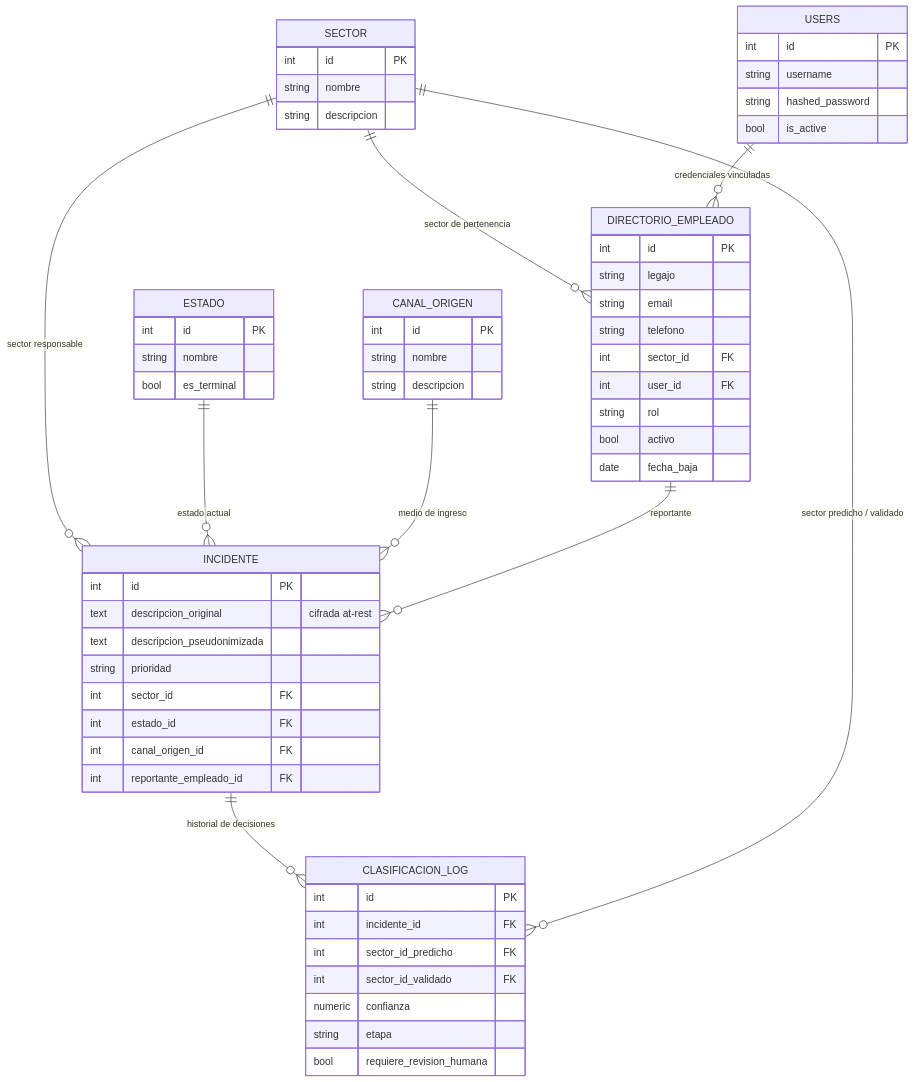
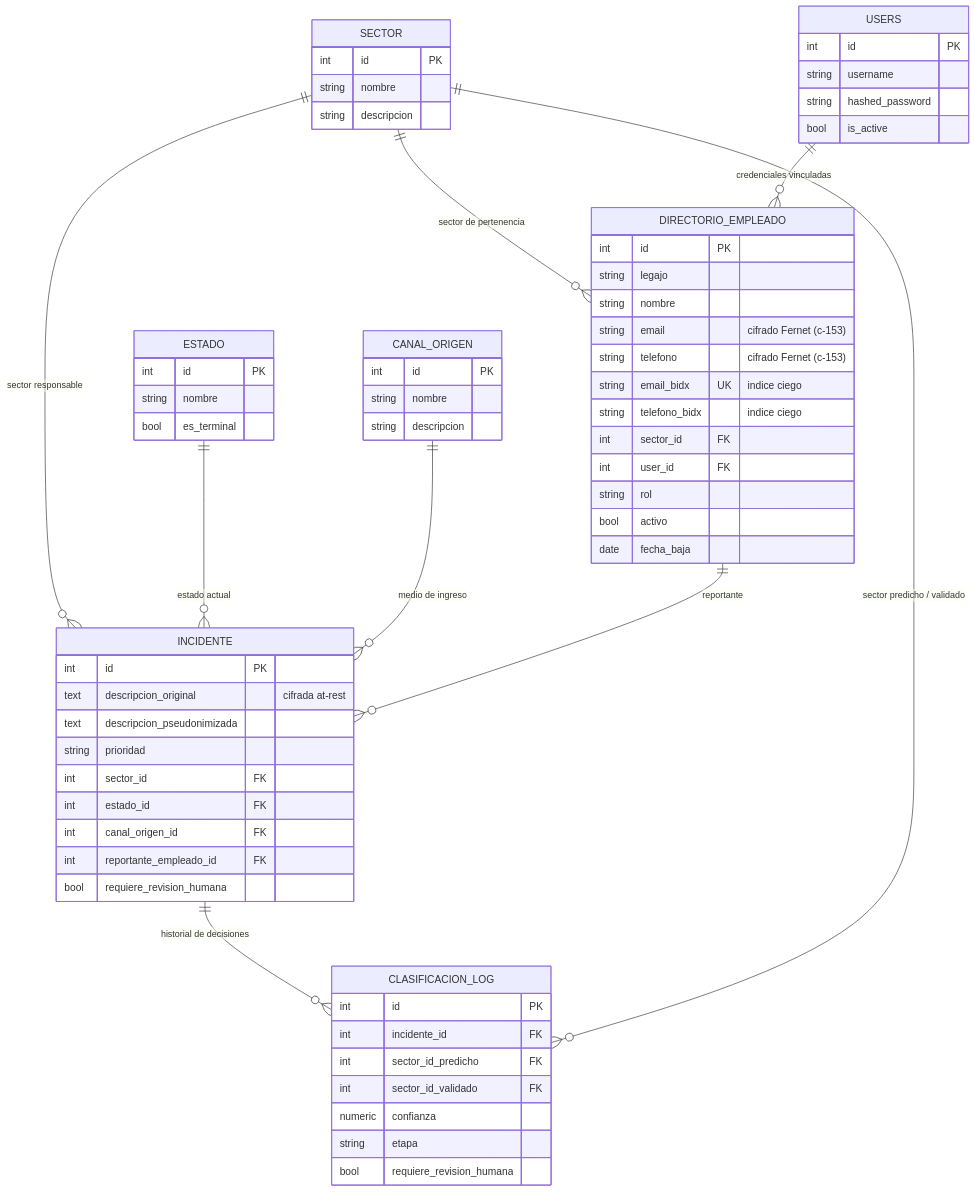
One commit to lucaGomezB/Automatizacion-de-Mesa-de-Ayuda-N8N changed the diagram in docs/diagrams/er_modelo_datos.md. Above: the diagram before and after it, drawn with Mermaid. The commit also changed other lines of this file and 62 other files, not shown here.

````diff
--- a/docs/diagrams/er_modelo_datos.md
+++ b/docs/diagrams/er_modelo_datos.md
@@ -8,63 +8,67 @@
 ```mermaid
 erDiagram
     SECTOR ||--o{ INCIDENTE : "sector responsable"
     ESTADO ||--o{ INCIDENTE : "estado actual"
     CANAL_ORIGEN ||--o{ INCIDENTE : "medio de ingreso"
     INCIDENTE ||--o{ CLASIFICACION_LOG : "historial de decisiones"
     SECTOR ||--o{ CLASIFICACION_LOG : "sector predicho / validado"
     SECTOR ||--o{ DIRECTORIO_EMPLEADO : "sector de pertenencia"
     USERS ||--o{ DIRECTORIO_EMPLEADO : "credenciales vinculadas"
     DIRECTORIO_EMPLEADO ||--o{ INCIDENTE : "reportante"
 
     INCIDENTE {
         int id PK
         text descripcion_original "cifrada at-rest"
         text descripcion_pseudonimizada
         string prioridad
         int sector_id FK
         int estado_id FK
         int canal_origen_id FK
         int reportante_empleado_id FK
+        bool requiere_revision_humana
     }
     SECTOR {
         int id PK
         string nombre
         string descripcion
     }
     ESTADO {
         int id PK
         string nombre
         bool es_terminal
     }
     CANAL_ORIGEN {
         int id PK
         string nombre
         string descripcion
     }
     CLASIFICACION_LOG {
         int id PK
         int incidente_id FK
         int sector_id_predicho FK
         int sector_id_validado FK
         numeric confianza
         string etapa
         bool requiere_revision_humana
     }
     USERS {
         int id PK
         string username
         string hashed_password
         bool is_active
     }
     DIRECTORIO_EMPLEADO {
         int id PK
         string legajo
-        string email
-        string telefono
+        string nombre
+        string email "cifrado Fernet (c-153)"
+        string telefono "cifrado Fernet (c-153)"
+        string email_bidx UK "indice ciego"
+        string telefono_bidx "indice ciego"
         int sector_id FK
         int user_id FK
         string rol
         bool activo
         date fecha_baja
     }
 ```
````
